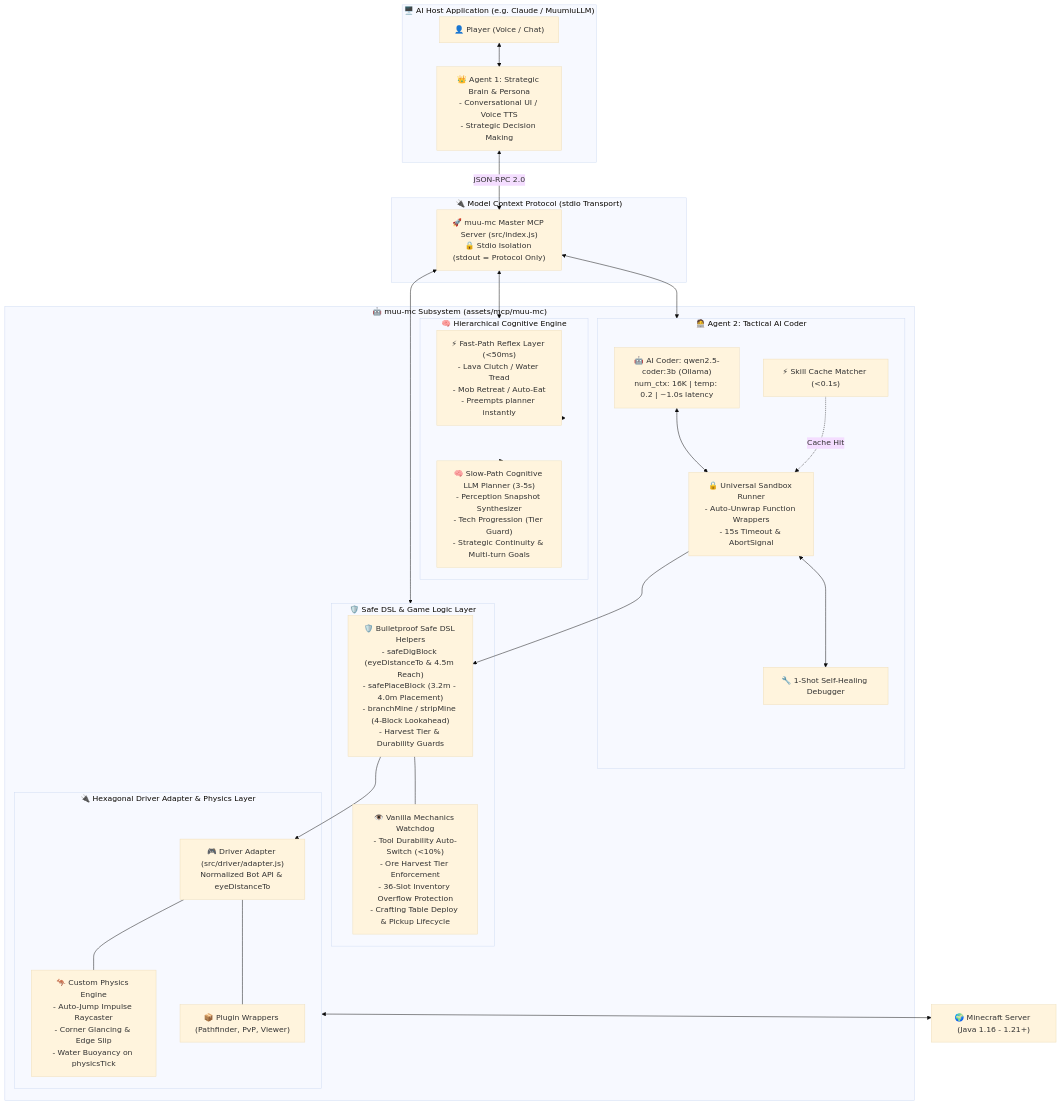
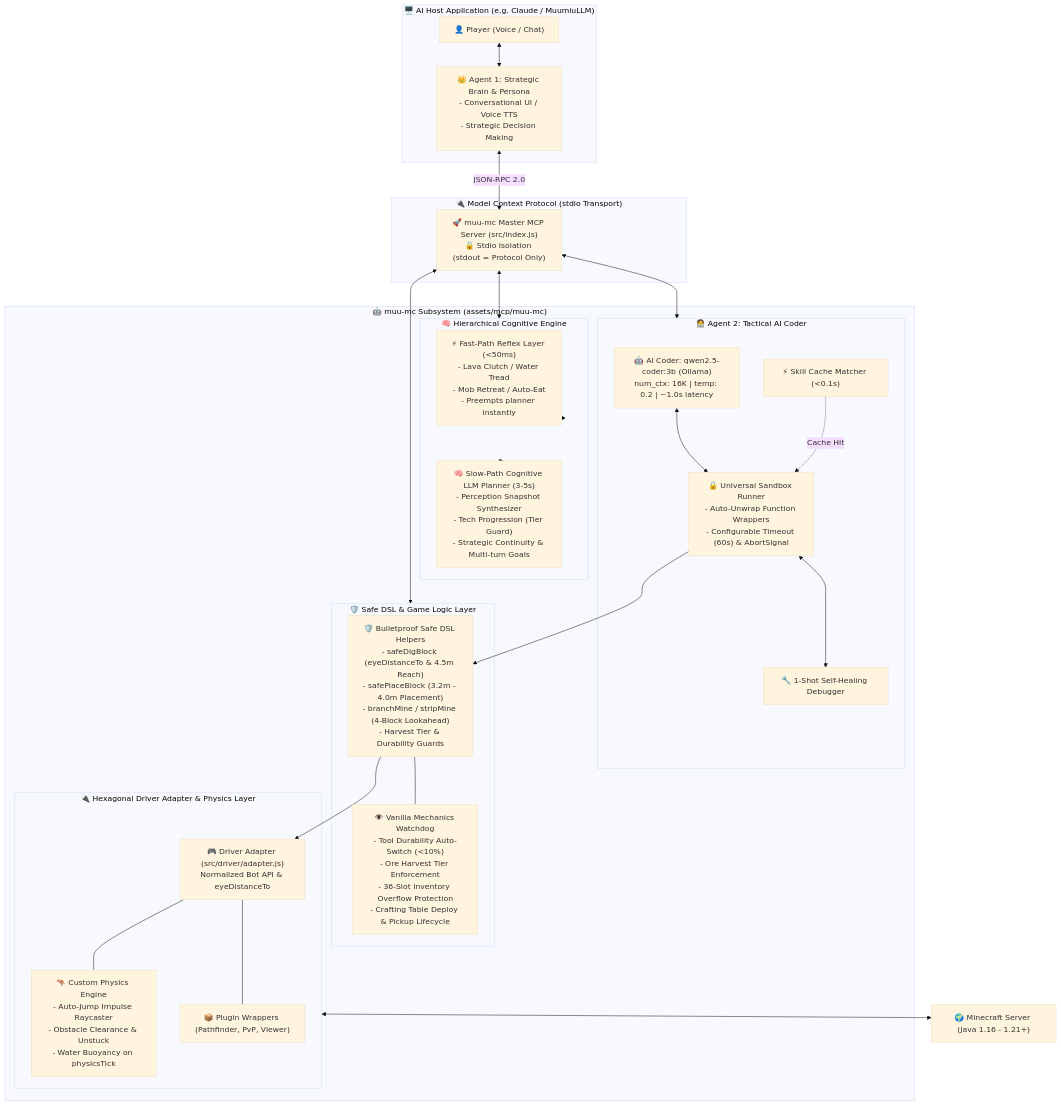
The diagram in README.md (Nice2MU/MUUMC), drawn with Mermaid (base theme) before and after one commit. The commit also changed other lines of this file and 9 other files, not shown here.

````diff
--- a/README.md
+++ b/README.md
@@ -35,53 +35,53 @@
 ```mermaid
 flowchart TB
     subgraph HostLayer["🖥️ AI Host Application (e.g. Claude / MuumiuLLM)"]
         User["👤 Player (Voice / Chat)"]
         A1["👑 Agent 1: Strategic Brain & Persona<br/>- Conversational UI / Voice TTS<br/>- Strategic Decision Making"]
         User <--> A1
     end
 
     subgraph MCPBridge["🔌 Model Context Protocol (stdio Transport)"]
         A1 <-->|JSON-RPC 2.0| MCPServer["🚀 muu-mc Master MCP Server (src/index.js)<br/>🔒 Stdio Isolation (stdout = Protocol Only)"]
     end
 
     subgraph SubsystemLayer["🤖 muu-mc Subsystem (assets/mcp/muu-mc)"]
         subgraph CognitiveCore["🧠 Hierarchical Cognitive Engine"]
             FastReflex["⚡ Fast-Path Reflex Layer (<50ms)<br/>- Lava Clutch / Water Tread<br/>- Mob Retreat / Auto-Eat<br/>- Preempts planner instantly"]
             LLMPlanner["🧠 Slow-Path Cognitive LLM Planner (3-5s)<br/>- Perception Snapshot Synthesizer<br/>- Tech Progression (Tier Guard)<br/>- Strategic Continuity & Multi-turn Goals"]
         end
 
         subgraph EmbeddedAgent2["🧑‍💻 Agent 2: Tactical AI Coder"]
             A2["🤖 AI Coder: qwen2.5-coder:3b (Ollama)<br/>num_ctx: 16K | temp: 0.2 | ~1.0s latency"]
             SkillCache["⚡ Skill Cache Matcher (<0.1s)"]
-            Sandbox["🔒 Universal Sandbox Runner<br/>- Auto-Unwrap Function Wrappers<br/>- 15s Timeout & AbortSignal"]
+            Sandbox["🔒 Universal Sandbox Runner<br/>- Auto-Unwrap Function Wrappers<br/>- Configurable Timeout (60s) & AbortSignal"]
             Debugger["🔧 1-Shot Self-Healing Debugger"]
             A2 <--> Sandbox
             Sandbox <--> Debugger
             SkillCache -.->|Cache Hit| Sandbox
         end
 
         subgraph BusinessLogic["🛡️ Safe DSL & Game Logic Layer"]
             DSL["🛡️ Bulletproof Safe DSL Helpers<br/>- safeDigBlock (eyeDistanceTo & 4.5m Reach)<br/>- safePlaceBlock (3.2m - 4.0m Placement)<br/>- branchMine / stripMine (4-Block Lookahead)<br/>- Harvest Tier & Durability Guards"]
             Watchdog["👁️ Vanilla Mechanics Watchdog<br/>- Tool Durability Auto-Switch (<10%)<br/>- Ore Harvest Tier Enforcement<br/>- 36-Slot Inventory Overflow Protection<br/>- Crafting Table Deploy & Pickup Lifecycle"]
             DSL --- Watchdog
         end
 
         subgraph AdapterLayer["🔌 Hexagonal Driver Adapter & Physics Layer"]
             Adapter["🎮 Driver Adapter (src/driver/adapter.js)<br/>Normalized Bot API & eyeDistanceTo"]
-            Physics["🦘 Custom Physics Engine<br/>- Auto-Jump Impulse Raycaster<br/>- Corner Glancing & Edge Slip<br/>- Water Buoyancy on physicsTick"]
+            Physics["🦘 Custom Physics Engine<br/>- Auto-Jump Impulse Raycaster<br/>- Obstacle Clearance & Unstuck<br/>- Water Buoyancy on physicsTick"]
             Wrappers["📦 Plugin Wrappers (Pathfinder, PvP, Viewer)"]
             Adapter --- Physics
             Adapter --- Wrappers
         end
 
         MCPServer <--> CognitiveCore
         MCPServer <--> EmbeddedAgent2
         MCPServer <--> BusinessLogic
         CognitiveCore --> FastReflex
         CognitiveCore --> LLMPlanner
         Sandbox --> DSL
         DSL --> Adapter
     end
 
     AdapterLayer <--> MCServer["🌍 Minecraft Server (Java 1.16 - 1.21+)"]
 ```
````
